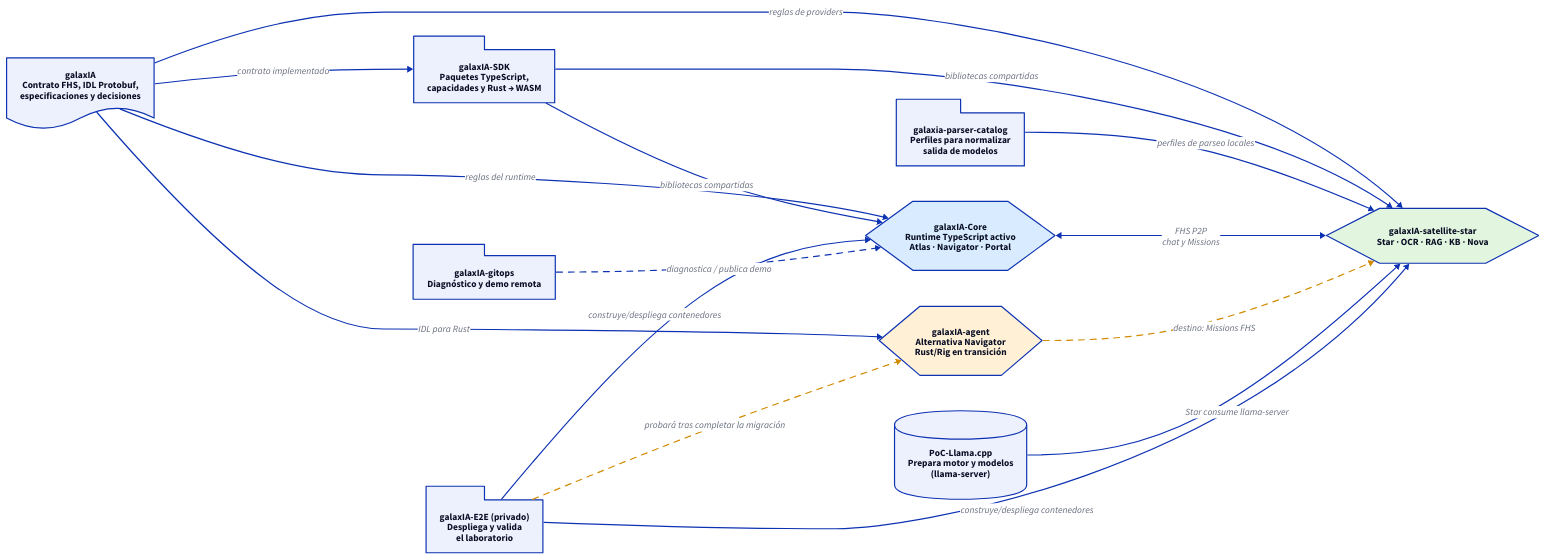
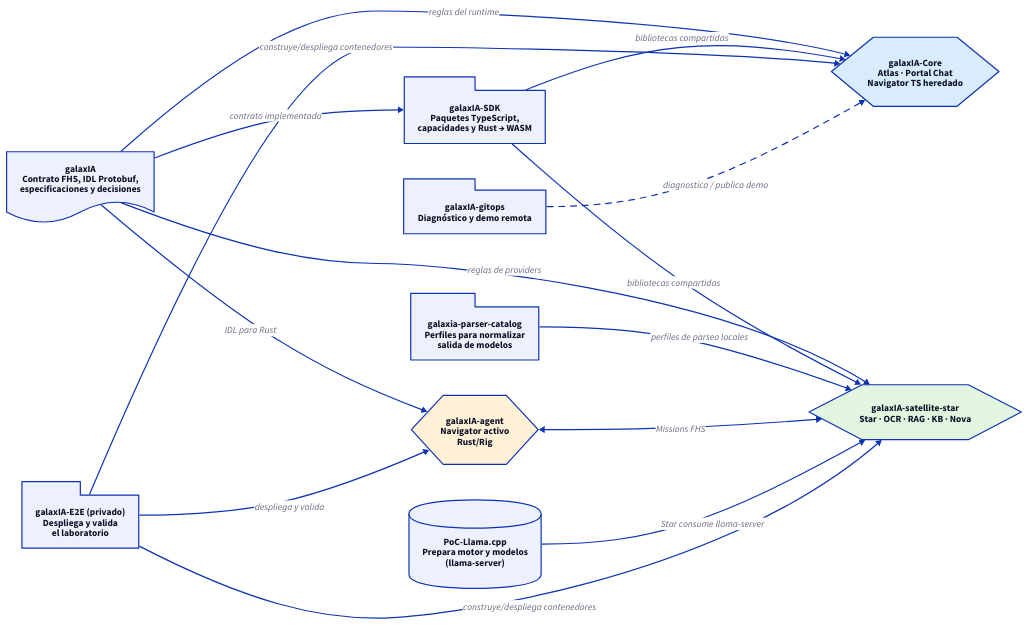
The diagram in docs/diagrams/ecosistema-piezas.d2 (rafex/galaxIA), drawn with D2 before and after one commit. The commit also changed 10 other files, not shown here.

```diff
--- a/docs/diagrams/ecosistema-piezas.d2
+++ b/docs/diagrams/ecosistema-piezas.d2
@@ -1,63 +1,56 @@
 direction: right
 
 spec: "galaxIA\nContrato FHS, IDL Protobuf,\nespecificaciones y decisiones" {
   shape: document
 }
 
 sdk: "galaxIA-SDK\nPaquetes TypeScript,\ncapacidades y Rust → WASM" {
   shape: package
 }
 
 parser: "galaxia-parser-catalog\nPerfiles para normalizar\nsalida de modelos" {
   shape: package
 }
 
-core: "galaxIA-Core\nRuntime TypeScript activo\nAtlas · Navigator · Portal" {
+core: "galaxIA-Core\nAtlas · Portal Chat\nNavigator TS heredado" {
   shape: hexagon
   style.fill: "#d9ecff"
 }
 
 providers: "galaxIA-satellite-star\nStar · OCR · RAG · KB · Nova" {
   shape: hexagon
   style.fill: "#e1f5df"
 }
 
-agent: "galaxIA-agent\nAlternativa Navigator\nRust/Rig en transición" {
+agent: "galaxIA-agent\nNavigator activo\nRust/Rig" {
   shape: hexagon
   style.fill: "#fff0d6"
 }
 
 llama: "PoC-Llama.cpp\nPrepara motor y modelos\n(llama-server)" {
   shape: cylinder
 }
 
 e2e: "galaxIA-E2E (privado)\nDespliega y valida\nel laboratorio" {
   shape: package
 }
 
 gitops: "galaxIA-gitops\nDiagnóstico y demo remota" {
   shape: package
 }
 
 spec -> sdk: "contrato implementado"
 spec -> core: "reglas del runtime"
 spec -> providers: "reglas de providers"
 spec -> agent: "IDL para Rust"
 sdk -> core: "bibliotecas compartidas"
 sdk -> providers: "bibliotecas compartidas"
 parser -> providers: "perfiles de parseo locales"
-core <-> providers: "FHS P2P\nchat y Missions"
-agent -> providers: "destino: Missions FHS" {
-  style.stroke-dash: 5
-  style.stroke: "#d28a00"
-}
+agent <-> providers: "Missions FHS"
 llama -> providers: "Star consume llama-server"
 e2e -> core: "construye/despliega contenedores"
 e2e -> providers: "construye/despliega contenedores"
-e2e -> agent: "probará tras completar la migración" {
-  style.stroke-dash: 5
-  style.stroke: "#d28a00"
-}
+e2e -> agent: "despliega y valida"
 gitops -> core: "diagnostica / publica demo" {
   style.stroke-dash: 5
 }
```
